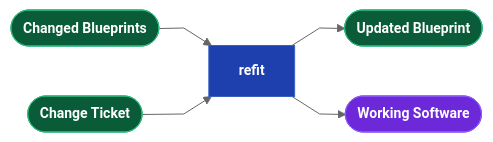
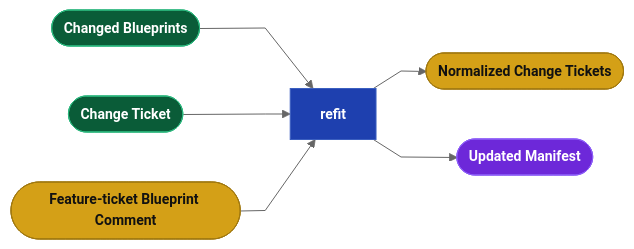
Before and after one commit to webcloudstudio/Drydock: the fifth of 6 diagrams in docs/Drydock_Specification.md, drawn with Mermaid. The commit also changed other lines of this file, not shown here.

Commit message:
Define normalized refit change tickets

````diff
--- a/docs/Drydock_Specification.md
+++ b/docs/Drydock_Specification.md
@@ -895,15 +891,16 @@
 ```mermaid
 %%{init: {'theme': 'neutral', 'flowchart': {'curve': 'linear'}, 'themeVariables': {'fontSize': '14px'}}}%%
 flowchart LR
   classDef dir    fill:#0a5c38,stroke:#2cb67d,color:#fff,font-weight:bold
   classDef md     fill:#d4a017,stroke:#a07810,color:#111,font-weight:bold
   classDef script fill:#1e40af,stroke:#3b5fc0,color:#fff,font-weight:bold
   classDef prompt fill:#c2410c,stroke:#ea580c,color:#fff,font-weight:bold
   classDef output fill:#6d28d9,stroke:#8b5cf6,color:#fff,font-weight:bold
   classDef web    fill:#be123c,stroke:#fb7185,color:#fff,font-weight:bold
 
   CHANGE(["Changed Blueprints"]):::dir --> REFIT["refit"]:::script
   Ticket(["Change Ticket"]):::dir --> REFIT
-  REFIT --> SPECOUT(["Updated Blueprint"]):::dir
-  REFIT --> SOFTWARE(["Working Software"]):::output
+  Comment(["Feature-ticket Blueprint Comment"]):::md --> REFIT
+  REFIT --> SPECOUT(["Normalized Change Tickets"]):::md
+  REFIT --> SOFTWARE(["Updated Manifest"]):::output
 ```
````
